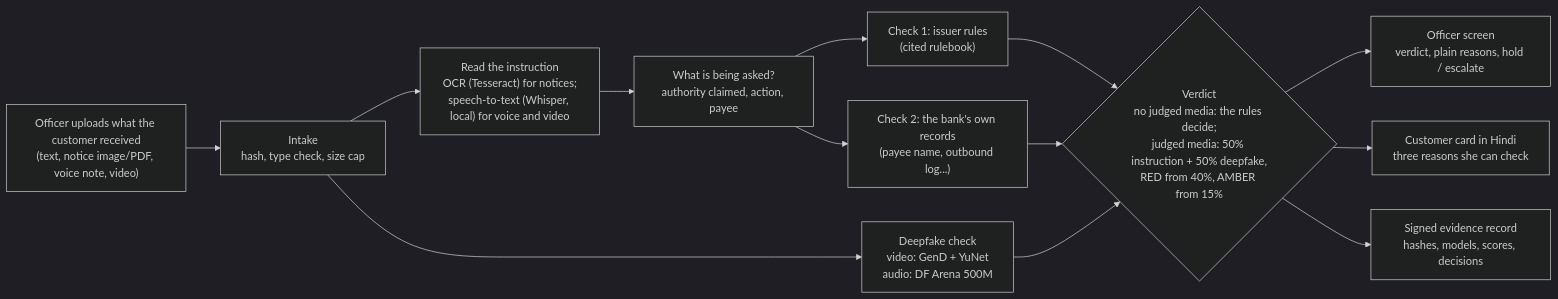
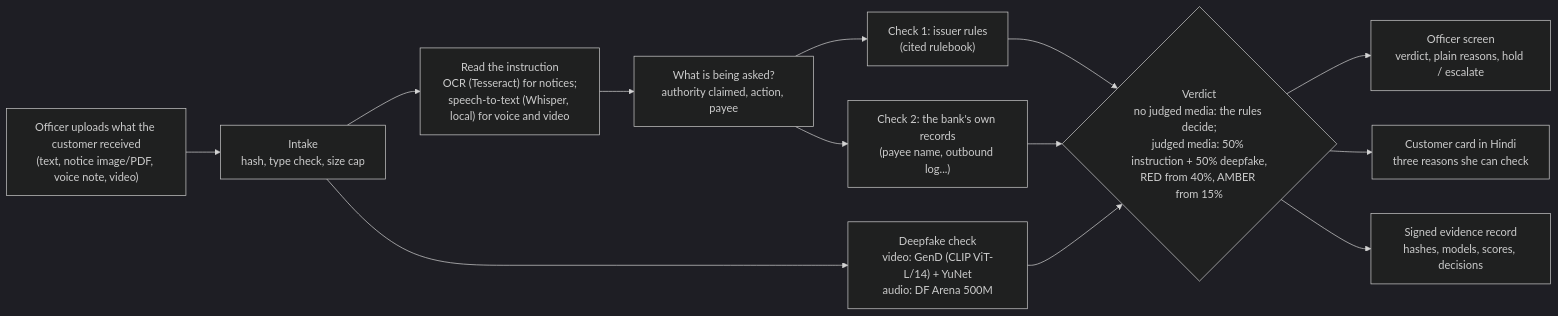
The first of 2 diagrams in docs/architecture.md (codebreaker32/satyapan), drawn with Mermaid (dark theme) before and after one commit. The commit also changed other lines of this file, not shown here.

Commit message:
Architecture doc: name the face model as GenD (CLIP ViT-L/14), with YuNet finding and aligning the faces

````diff
--- a/docs/architecture.md
+++ b/docs/architecture.md
@@ -9,15 +9,15 @@
 ```mermaid
 flowchart LR
     A["Officer uploads what the customer received<br/>(text, notice image/PDF, voice note, video)"] --> B["Intake<br/>hash, type check, size cap"]
     B --> C["Read the instruction<br/>OCR (Tesseract) for notices;<br/>speech-to-text (Whisper, local) for voice and video"]
     C --> D["What is being asked?<br/>authority claimed, action, payee"]
     D --> F1["Check 1: issuer rules<br/>(cited rulebook)"]
     D --> F2["Check 2: the bank's own records<br/>(payee name, outbound log...)"]
-    B --> F3["Deepfake check<br/>video: GenD + YuNet<br/>audio: DF Arena 500M"]
+    B --> F3["Deepfake check<br/>video: GenD (CLIP ViT-L/14) + YuNet<br/>audio: DF Arena 500M"]
     F1 --> V{"Verdict<br/>no judged media: the rules decide;<br/>judged media: 50% instruction + 50% deepfake,<br/>RED from 40%, AMBER from 15%"}
     F2 --> V
     F3 --> V
     V --> O1["Officer screen<br/>verdict, plain reasons, hold / escalate"]
     V --> O2["Customer card in Hindi<br/>three reasons she can check"]
     V --> O3["Signed evidence record<br/>hashes, models, scores, decisions"]
 ```
````
